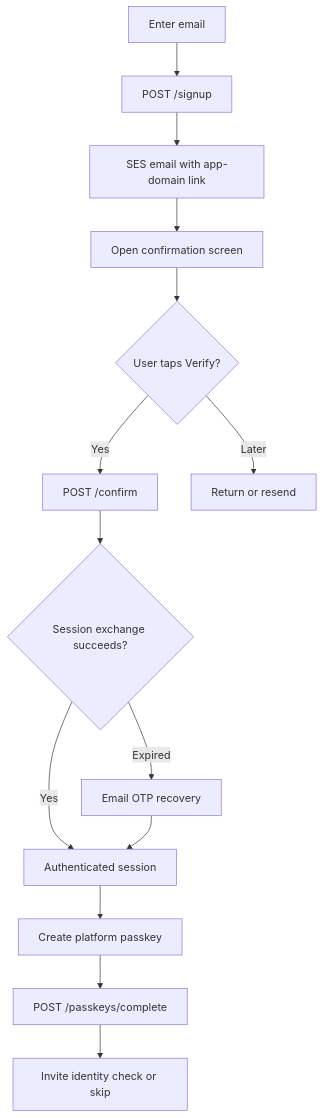
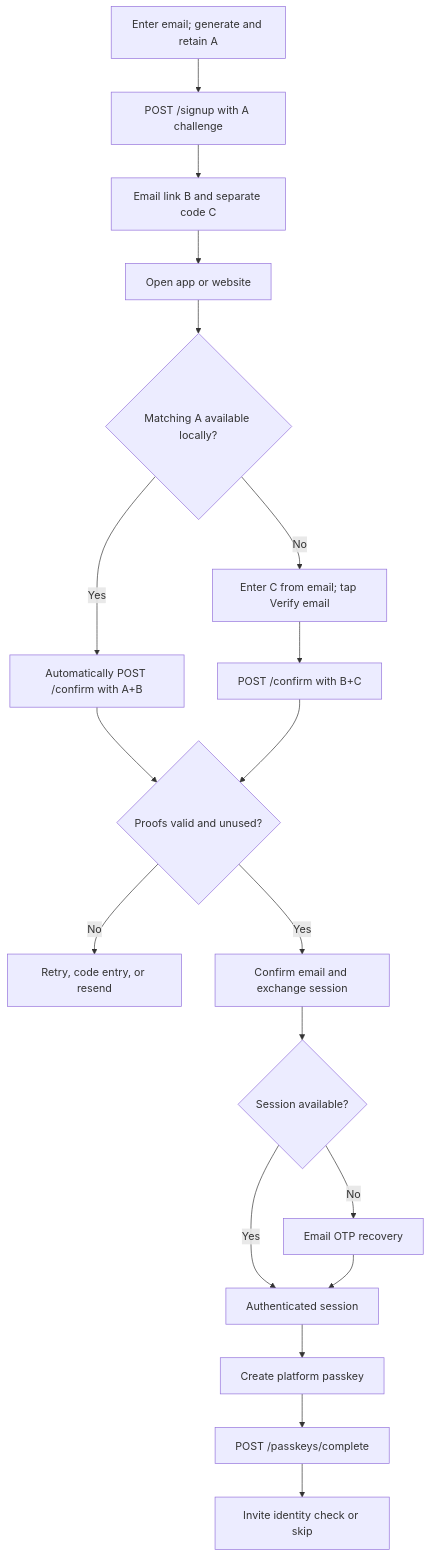
The diagram in auth/onboarding/architecture.md (lambdawalker/design.attestra), drawn with Mermaid before and after one commit. The commit also changed other lines of this file and 4 other files, not shown here.

Commit message:
docs: define automatic email confirmation with manual code fallback

````diff
--- a/auth/onboarding/architecture.md
+++ b/auth/onboarding/architecture.md
@@ -23,16 +42,21 @@
 ```mermaid
 flowchart TD
-    A["Enter email"] --> B["POST /signup"]
-    B --> C["SES email with app-domain link"]
-    C --> D["Open confirmation screen"]
-    D --> E{"User taps Verify?"}
-    E -->|Yes| F["POST /confirm"]
-    E -->|Later| R["Return or resend"]
-    F --> G{"Session exchange succeeds?"}
+    S["Enter email; generate and retain A"] --> T["POST /signup with A challenge"]
+    T --> M["Email link B and separate code C"]
+    M --> L["Open app or website"]
+    L --> D{"Matching A available locally?"}
+    D -->|Yes| P["Automatically POST /confirm with A+B"]
+    D -->|No| Q["Enter C from email; tap Verify email"]
+    Q --> R["POST /confirm with B+C"]
+    P --> V{"Proofs valid and unused?"}
+    R --> V
+    V -->|No| E["Retry, code entry, or resend"]
+    V -->|Yes| F["Confirm email and exchange session"]
+    F --> G{"Session available?"}
+    G -->|No| O["Email OTP recovery"]
     G -->|Yes| H["Authenticated session"]
-    G -->|Expired| I["Email OTP recovery"]
-    I --> H
+    O --> H
     H --> J["Create platform passkey"]
     J --> K["POST /passkeys/complete"]
-    K --> L["Invite identity check or skip"]
+    K --> N["Invite identity check or skip"]
 ```
````
